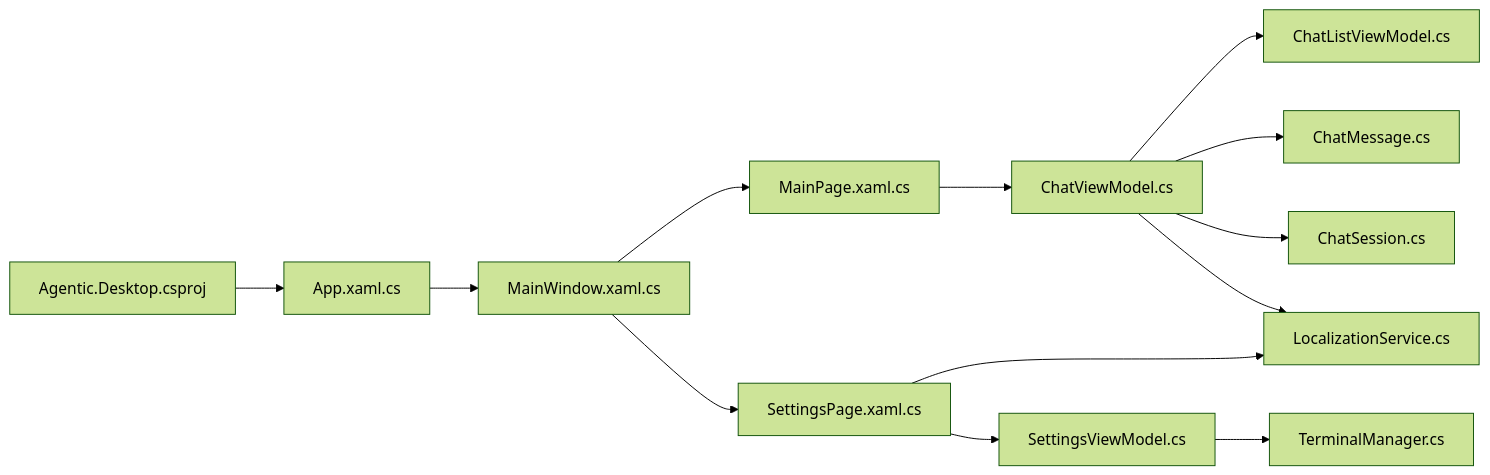
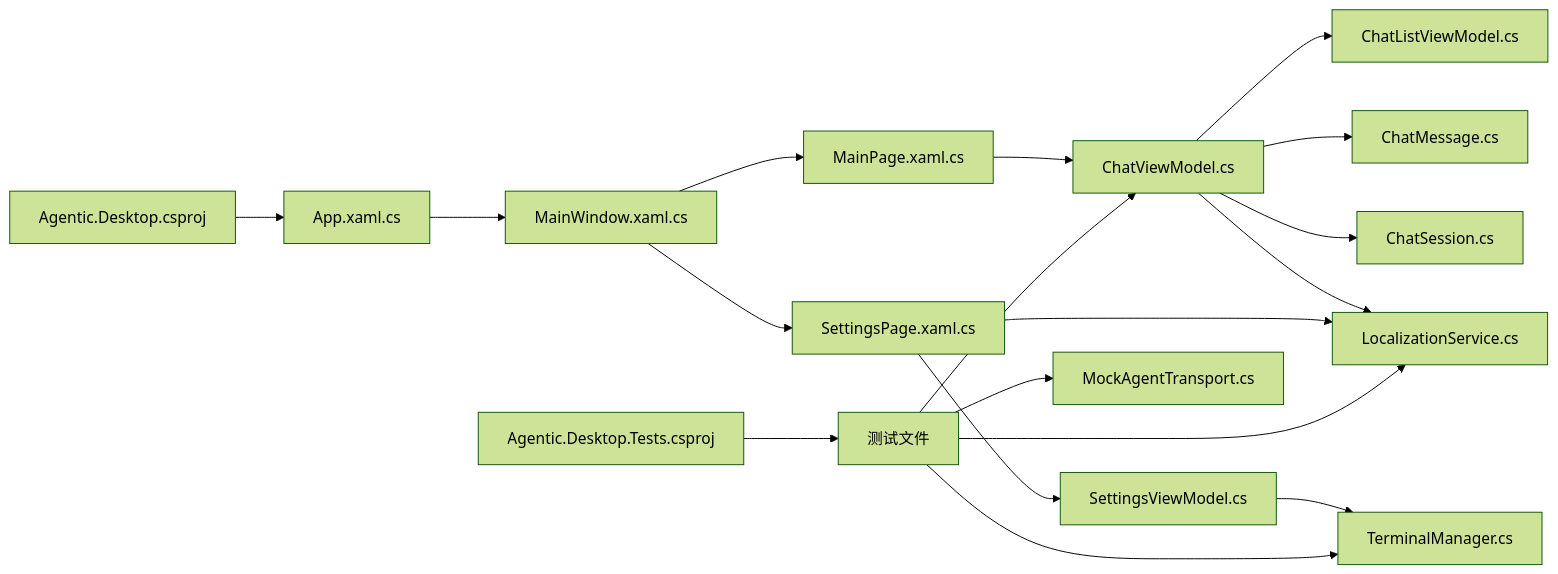
The sixth of 6 diagrams in .qoder/repowiki/zh/content/开发指南/项目结构/项目结构.md (AgenticDesktop/App), drawn with Mermaid (forest theme) before and after one commit. The commit also changed other lines of this file and 108 other files, not shown here.

````diff
--- a/.qoder/repowiki/zh/content/开发指南/项目结构/项目结构.md
+++ b/.qoder/repowiki/zh/content/开发指南/项目结构/项目结构.md
@@ -493,15 +604,20 @@
 ```mermaid
 graph LR
 PROJ["Agentic.Desktop.csproj"] --> APP["App.xaml.cs"]
 APP --> WIN["MainWindow.xaml.cs"]
 WIN --> MAIN["MainPage.xaml.cs"]
 WIN --> SET["SettingsPage.xaml.cs"]
 MAIN --> CVM["ChatViewModel.cs"]
 CVM --> CLVM["ChatListViewModel.cs"]
 CVM --> MSG["ChatMessage.cs"]
 CVM --> SES["ChatSession.cs"]
 SET --> SVM["SettingsViewModel.cs"]
 SVM --> TERM["TerminalManager.cs"]
 CVM --> LOC["LocalizationService.cs"]
 SET --> LOC
+TESTPROJ["Agentic.Desktop.Tests.csproj"] --> TESTS["测试文件"]
+TESTS --> MOCK["MockAgentTransport.cs"]
+TESTS --> CVM
+TESTS --> TERM
+TESTS --> LOC
 ```
````
